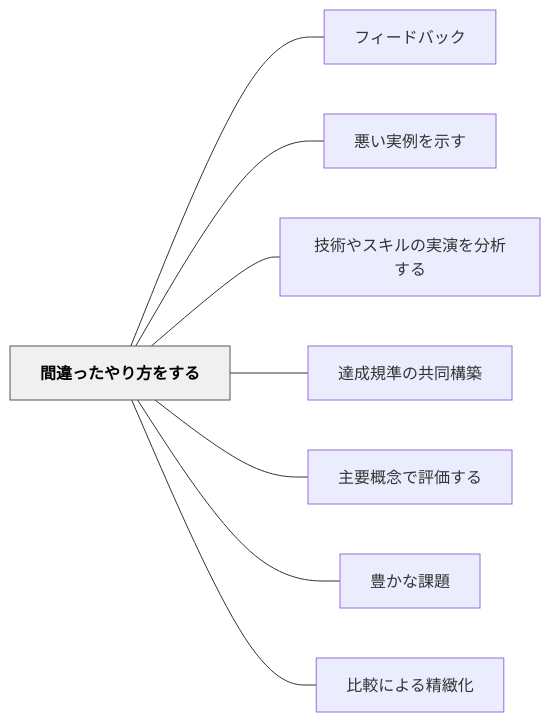
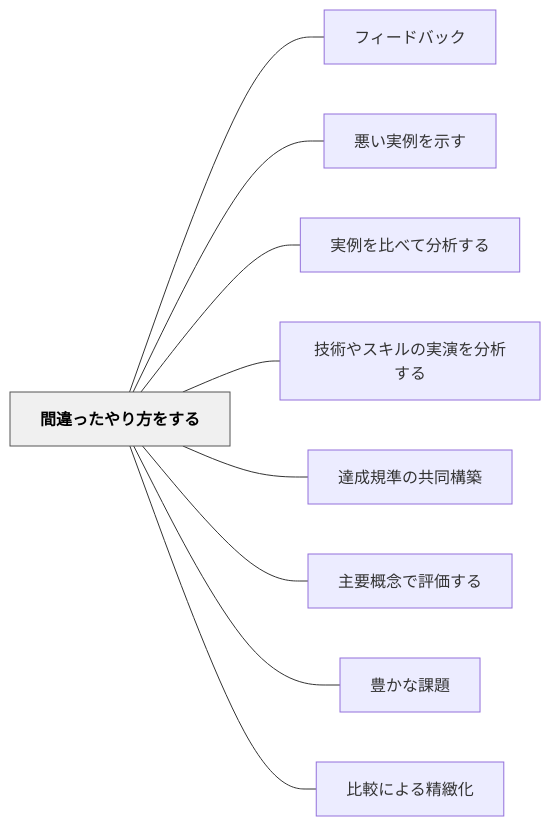
Before and after one commit to unknownthings-ed-patterns/unknownthings-ed-patterns: the diagram in content/パタン/間違ったやり方をする.md, drawn with Mermaid. The commit also changed other lines of this file and 2 other files, not shown here.

````diff
--- a/content/パタン/間違ったやり方をする.md
+++ b/content/パタン/間違ったやり方をする.md
@@ -46,22 +46,24 @@
 ```mermaid
 flowchart LR
     ne99693e98195e381a3e3819fe38284e3828ae696b9e38292e38199e3828b["間違ったやり方をする"]
     ne38395e382a3e383bce38389e38390e38383e382af["フィードバック"]
     ne682aae38184e5ae9fe4be8be38292e7a4bae38199["悪い実例を示す"]
+    ne5ae9fe4be8be38292e6af94e381b9e381a6e58886e69e90e38199e3828b["実例を比べて分析する"]
     ne68a80e8a193e38284e382b9e382ade383abe381aee5ae9fe6bc94e38292e58886e69e90e38199e3828b["技術やスキルの実演を分析する"]
     ne98194e68890e8a68fe6ba96e381aee585b1e5908ce6a78be7af89["達成規準の共同構築"]
     ne4b8bbe8a681e6a682e5bfb5e381a7e8a995e4bea1e38199e3828b["主要概念で評価する"]
     ne8b18ae3818be381aae8aab2e9a18c["豊かな課題"]
     ne6af94e8bc83e381abe38288e3828be7b2bee7b7bbe58c96["比較による精緻化"]
 
     ne99693e98195e381a3e3819fe38284e3828ae696b9e38292e38199e3828b --- ne38395e382a3e383bce38389e38390e38383e382af
     ne99693e98195e381a3e3819fe38284e3828ae696b9e38292e38199e3828b --- ne682aae38184e5ae9fe4be8be38292e7a4bae38199
+    ne99693e98195e381a3e3819fe38284e3828ae696b9e38292e38199e3828b --- ne5ae9fe4be8be38292e6af94e381b9e381a6e58886e69e90e38199e3828b
     ne99693e98195e381a3e3819fe38284e3828ae696b9e38292e38199e3828b --- ne68a80e8a193e38284e382b9e382ade383abe381aee5ae9fe6bc94e38292e58886e69e90e38199e3828b
     ne99693e98195e381a3e3819fe38284e3828ae696b9e38292e38199e3828b --- ne98194e68890e8a68fe6ba96e381aee585b1e5908ce6a78be7af89
     ne99693e98195e381a3e3819fe38284e3828ae696b9e38292e38199e3828b --- ne4b8bbe8a681e6a682e5bfb5e381a7e8a995e4bea1e38199e3828b
     ne99693e98195e381a3e3819fe38284e3828ae696b9e38292e38199e3828b --- ne8b18ae3818be381aae8aab2e9a18c
     ne99693e98195e381a3e3819fe38284e3828ae696b9e38292e38199e3828b --- ne6af94e8bc83e381abe38288e3828be7b2bee7b7bbe58c96
 
     classDef hub fill:#f0f0f0,stroke:#555,color:#000,font-weight:bold
     class ne99693e98195e381a3e3819fe38284e3828ae696b9e38292e38199e3828b hub
 ```
````
